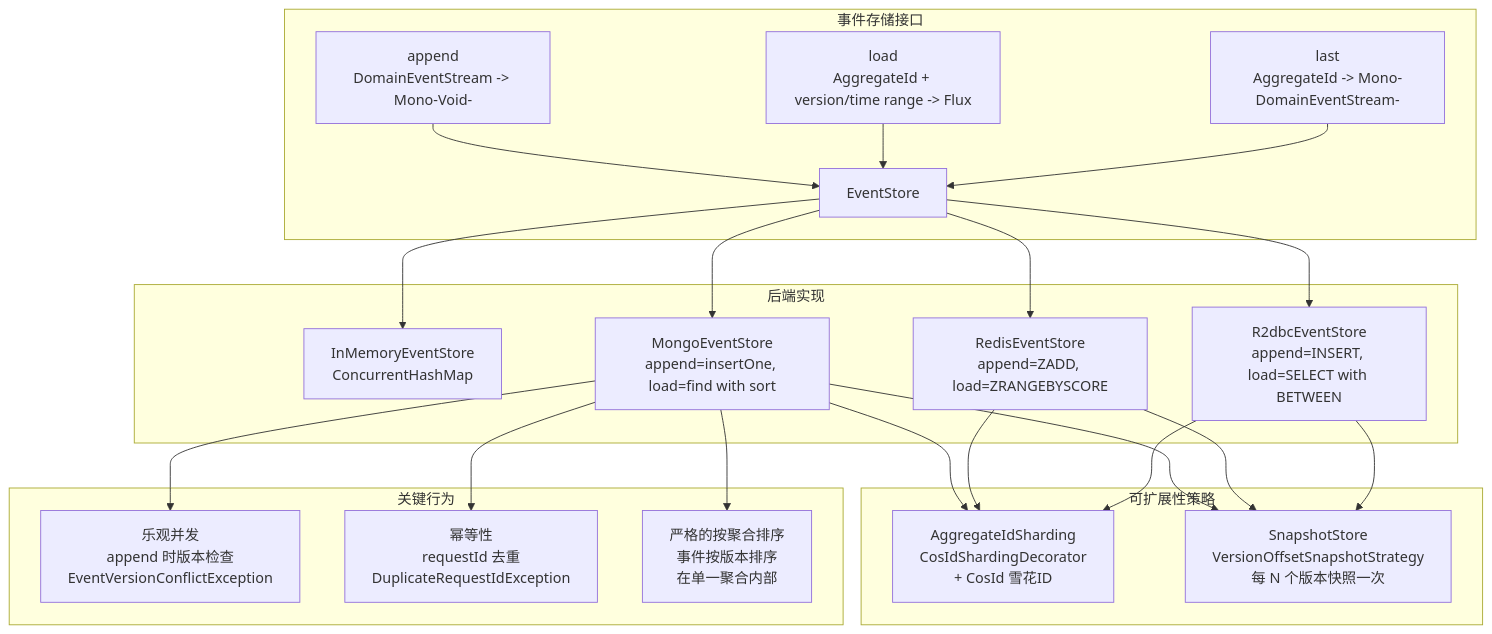
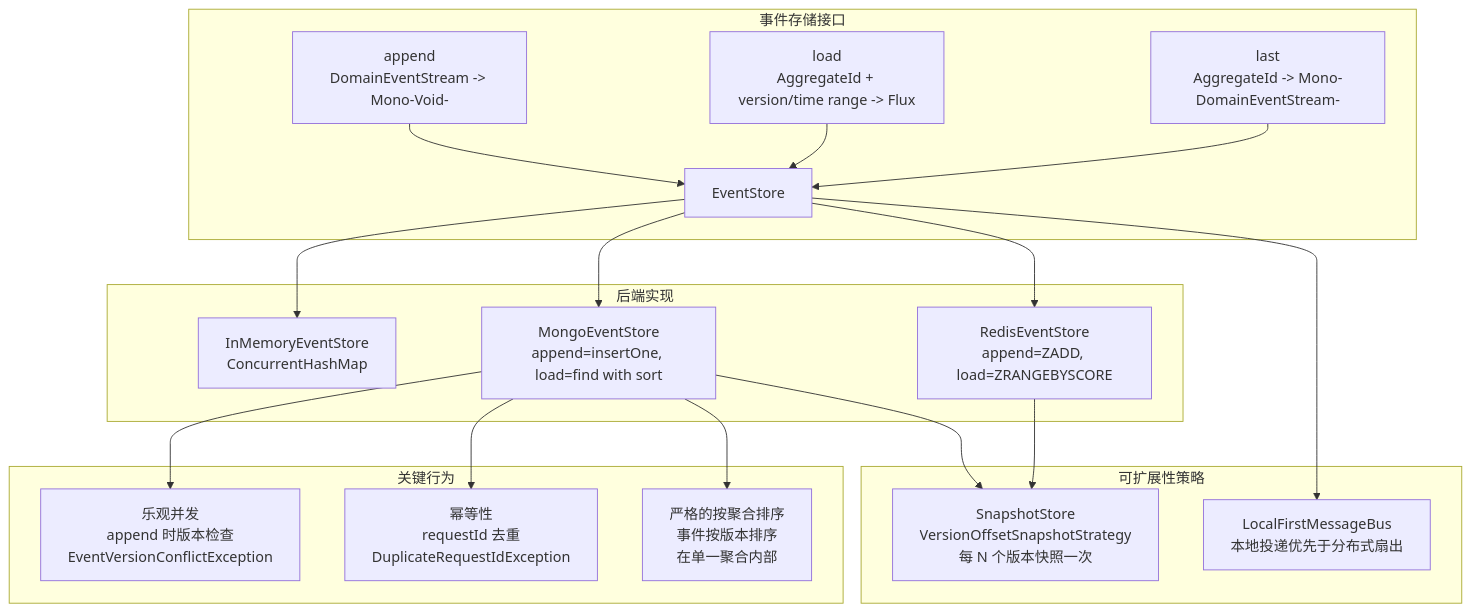
The fourth of 4 diagrams in documentation/docs/zh/onboarding/staff-engineer-guide.md (Ahoo-Wang/Wow), drawn with Mermaid before and after one commit. The commit also changed other lines of this file and 92 other files, not shown here.

Commit message:
refactor: remove r2dbc and core sharding

````diff
--- a/documentation/docs/zh/onboarding/staff-engineer-guide.md
+++ b/documentation/docs/zh/onboarding/staff-engineer-guide.md
@@ -498,45 +488,40 @@
 ```mermaid
 flowchart TB
     subgraph "事件存储接口"
         ESI[EventStore]
         API_A[append<br>DomainEventStream -> Mono-Void-]
         API_L[load<br>AggregateId + version/time range -> Flux]
         API_S[last<br>AggregateId -> Mono-DomainEventStream-]
     end
 
     subgraph "后端实现"
         IM[InMemoryEventStore<br>ConcurrentHashMap]
         MONGO_ES[MongoEventStore<br>append=insertOne, load=find with sort]
         REDIS_ES[RedisEventStore<br>append=ZADD, load=ZRANGEBYSCORE]
-        R2DBC_ES[R2dbcEventStore<br>append=INSERT, load=SELECT with BETWEEN]
     end
 
     subgraph "可扩展性策略"
-        SHARD[AggregateIdSharding<br>CosIdShardingDecorator<br>+ CosId 雪花ID]
         SNAP[SnapshotStore<br>VersionOffsetSnapshotStrategy<br>每 N 个版本快照一次]
+        FANOUT[LocalFirstMessageBus<br>本地投递优先于分布式扇出]
     end
 
     subgraph "关键行为"
         OPT[乐观并发<br>append 时版本检查<br>EventVersionConflictException]
         IDEM[幂等性<br>requestId 去重<br>DuplicateRequestIdException]
         ORD[严格的按聚合排序<br>事件按版本排序<br>在单一聚合内部]
     end
 
     API_A --> ESI
     API_L --> ESI
     API_S --> ESI
     ESI --> IM
     ESI --> MONGO_ES
     ESI --> REDIS_ES
-    ESI --> R2DBC_ES
-    MONGO_ES --> SHARD
-    REDIS_ES --> SHARD
-    R2DBC_ES --> SHARD
     MONGO_ES --> SNAP
     REDIS_ES --> SNAP
-    R2DBC_ES --> SNAP
+    ESI --> FANOUT
     MONGO_ES --> OPT
     MONGO_ES --> IDEM
     MONGO_ES --> ORD
 
 ```
````
